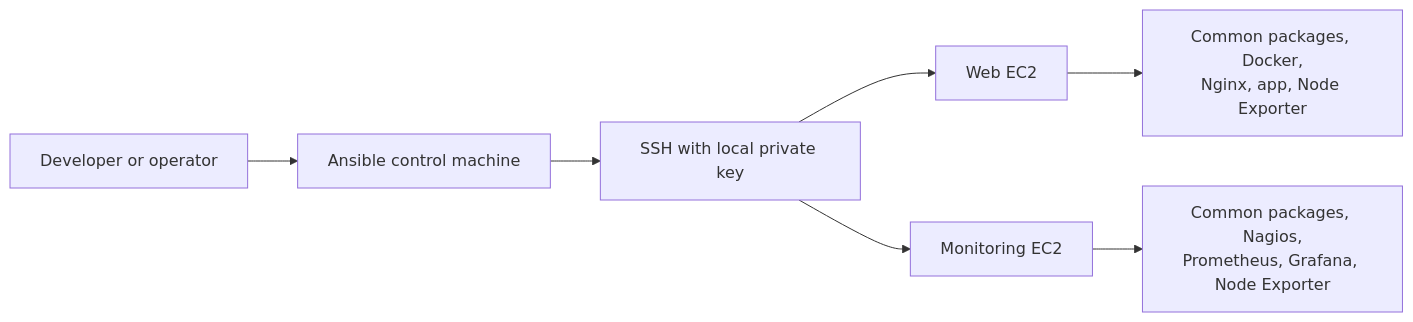
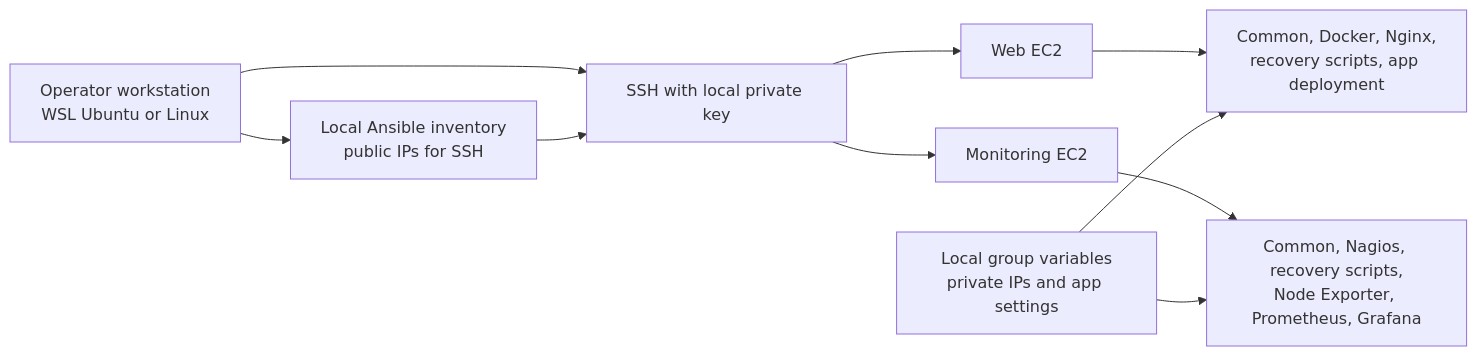
The third of 7 diagrams in README.md (uday2327/Automated-Linux-Server-Provisioning-Configuration-Management-and-Health-Monitoring), drawn with Mermaid before and after one commit. The commit also changed other lines of this file, not shown here.

````diff
--- a/README.md
+++ b/README.md
@@ -213,9 +110,12 @@
 ```mermaid
 flowchart LR
-    Operator[Developer or operator] --> Control[Ansible control machine]
-    Control --> SSH[SSH with local private key]
+    Operator[Operator workstation<br/>WSL Ubuntu or Linux] --> Inventory[Local Ansible inventory<br/>public IPs for SSH]
+    Operator --> SSH[SSH with local private key]
+    Inventory --> SSH
     SSH --> Web[Web EC2]
-    SSH --> Monitoring[Monitoring EC2]
-    Web --> WTasks[Common packages, Docker,<br/>Nginx, app, Node Exporter]
-    Monitoring --> MTasks[Common packages, Nagios,<br/>Prometheus, Grafana, Node Exporter]
+    SSH --> Monitor[Monitoring EC2]
+    Web --> WebRoles[Common, Docker, Nginx,<br/>recovery scripts, app deployment]
+    Monitor --> MonRoles[Common, Nagios, recovery scripts,<br/>Node Exporter, Prometheus, Grafana]
+    Vars[Local group variables<br/>private IPs and app settings] --> WebRoles
+    Vars --> MonRoles
 ```
````
